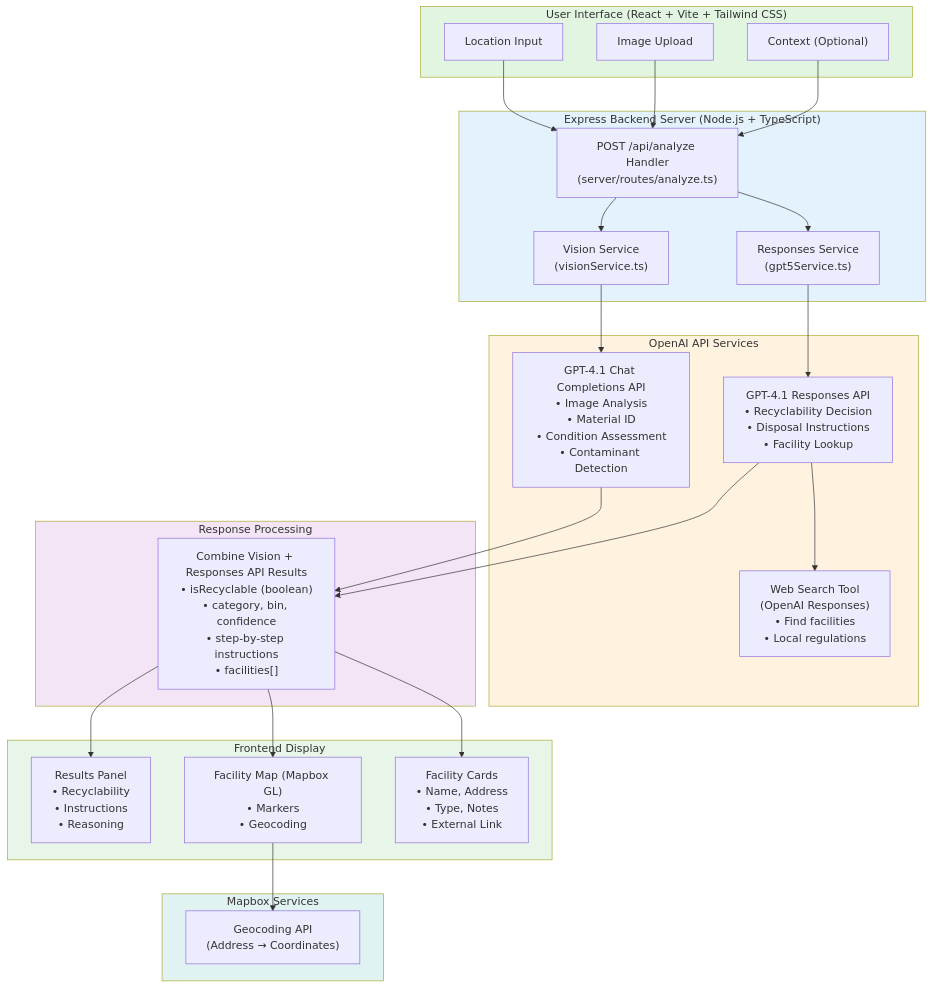
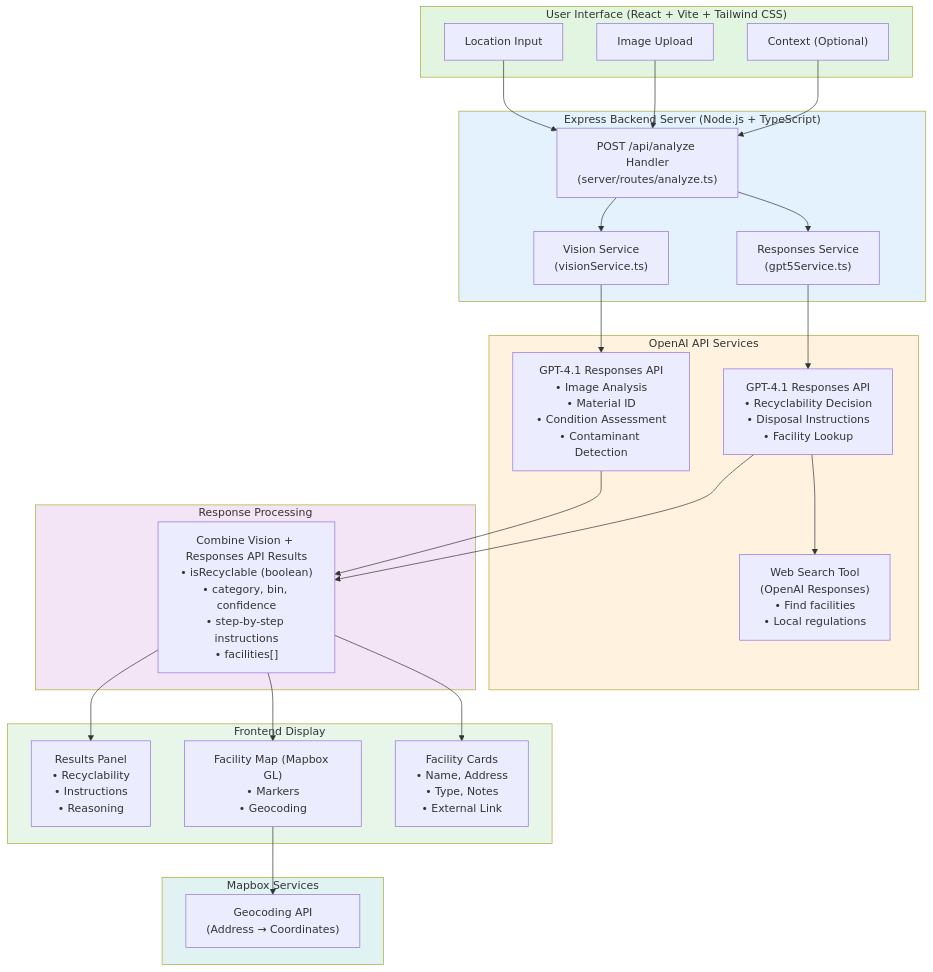
The diagram in README.md (insdaguirre/RecycLens_React), drawn with Mermaid before and after one commit. The commit also changed other lines of this file and 1 other file, not shown here.

First line of the commit message:
Switch vision service to Responses API endpoint for GPT-4.1

````diff
--- a/README.md
+++ b/README.md
@@ -99,61 +99,61 @@
 ```mermaid
 flowchart TD
     subgraph UI["User Interface (React + Vite + Tailwind CSS)"]
         Location["Location Input"]
         Image["Image Upload"]
         Context["Context (Optional)"]
     end
     
     subgraph Backend["Express Backend Server (Node.js + TypeScript)"]
         Handler["POST /api/analyze Handler<br/>(server/routes/analyze.ts)"]
         VisionService["Vision Service<br/>(visionService.ts)"]
         ResponsesService["Responses Service<br/>(gpt5Service.ts)"]
     end
     
     subgraph OpenAI["OpenAI API Services"]
-        VisionAPI["GPT-4.1 Chat Completions API<br/>• Image Analysis<br/>• Material ID<br/>• Condition Assessment<br/>• Contaminant Detection"]
+        VisionAPI["GPT-4.1 Responses API<br/>• Image Analysis<br/>• Material ID<br/>• Condition Assessment<br/>• Contaminant Detection"]
         ResponsesAPI["GPT-4.1 Responses API<br/>• Recyclability Decision<br/>• Disposal Instructions<br/>• Facility Lookup"]
         WebSearch["Web Search Tool<br/>(OpenAI Responses)<br/>• Find facilities<br/>• Local regulations"]
     end
     
     subgraph Processing["Response Processing"]
         Combine["Combine Vision + Responses API Results<br/>• isRecyclable (boolean)<br/>• category, bin, confidence<br/>• step-by-step instructions<br/>• facilities[]"]
     end
     
     subgraph Display["Frontend Display"]
         ResultsPanel["Results Panel<br/>• Recyclability<br/>• Instructions<br/>• Reasoning"]
         FacilityMap["Facility Map (Mapbox GL)<br/>• Markers<br/>• Geocoding"]
         FacilityCards["Facility Cards<br/>• Name, Address<br/>• Type, Notes<br/>• External Link"]
     end
     
     subgraph Mapbox["Mapbox Services"]
         Geocoding["Geocoding API<br/>(Address → Coordinates)"]
     end
     
     Location --> Handler
     Image --> Handler
     Context --> Handler
     
     Handler --> VisionService
     Handler --> ResponsesService
     
     VisionService --> VisionAPI
     ResponsesService --> ResponsesAPI
     ResponsesAPI --> WebSearch
     
     VisionAPI --> Combine
     ResponsesAPI --> Combine
     
     Combine --> ResultsPanel
     Combine --> FacilityMap
     Combine --> FacilityCards
     
     FacilityMap --> Geocoding
     
     style UI fill:#e1f5e1
     style Backend fill:#e3f2fd
     style OpenAI fill:#fff3e0
     style Processing fill:#f3e5f5
     style Display fill:#e8f5e9
     style Mapbox fill:#e0f2f1
 ```
````
